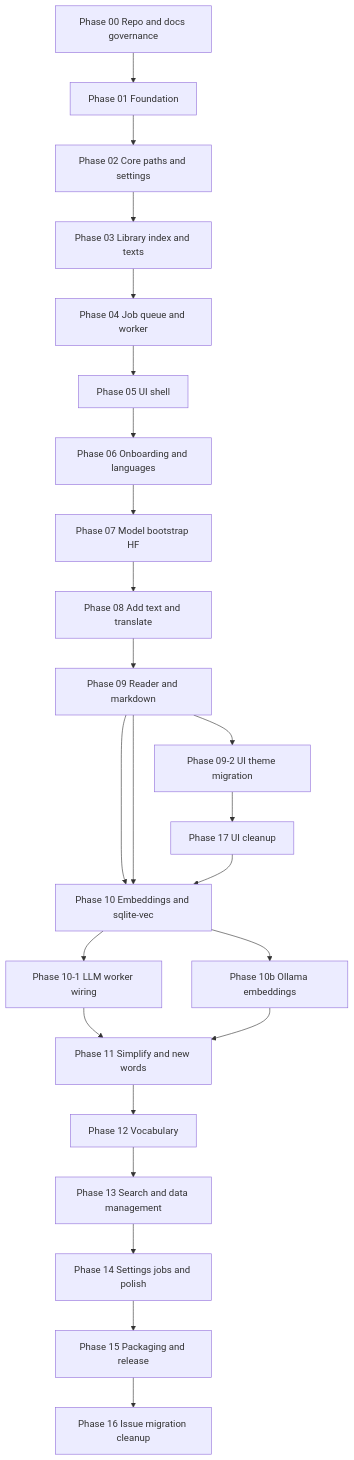
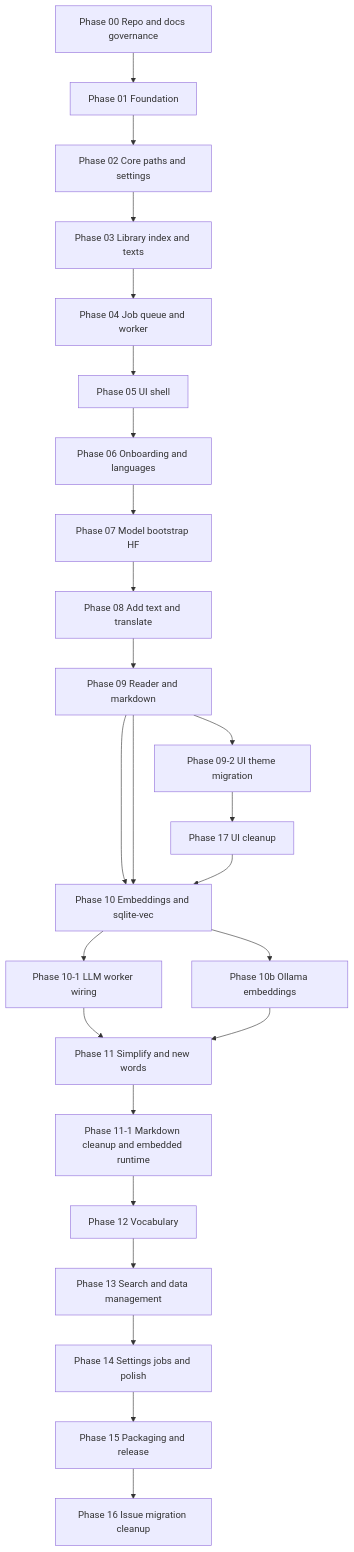
The diagram in docs/roadmap/README.md (YannikG/lexiflow), drawn with Mermaid before and after one commit. The commit also changed other lines of this file and 53 other files, not shown here.

````diff
--- a/docs/roadmap/README.md
+++ b/docs/roadmap/README.md
@@ -13,34 +13,36 @@
 ```mermaid
 flowchart TB
   P00[Phase 00 Repo and docs governance]
   P01[Phase 01 Foundation]
   P02[Phase 02 Core paths and settings]
   P03[Phase 03 Library index and texts]
   P04[Phase 04 Job queue and worker]
   P05[Phase 05 UI shell]
   P06[Phase 06 Onboarding and languages]
   P07[Phase 07 Model bootstrap HF]
   P08[Phase 08 Add text and translate]
   P09[Phase 09 Reader and markdown]
   P092[Phase 09-2 UI theme migration]
   P17[Phase 17 UI cleanup]
   P10[Phase 10 Embeddings and sqlite-vec]
   P101[Phase 10-1 LLM worker wiring]
   P11[Phase 11 Simplify and new words]
   P12[Phase 12 Vocabulary]
   P13[Phase 13 Search and data management]
   P14[Phase 14 Settings jobs and polish]
   P15[Phase 15 Packaging and release]
 
   P00 --> P01 --> P02 --> P03 --> P04 --> P05
   P05 --> P06 --> P07 --> P08 --> P09
   P09 --> P092
   P092 --> P17
   P09 --> P10 --> P101
   P09 --> P10 --> P10b[Phase 10b Ollama embeddings]
   P17 --> P10
   P101 --> P11
-  P10b --> P11 --> P12 --> P13
+  P10b --> P11
+  P11 --> P111[Phase 11-1 Markdown cleanup and embedded runtime]
+  P111 --> P12 --> P13
   P13 --> P14 --> P15
   P15 --> P16[Phase 16 Issue migration cleanup]
 ```
````
